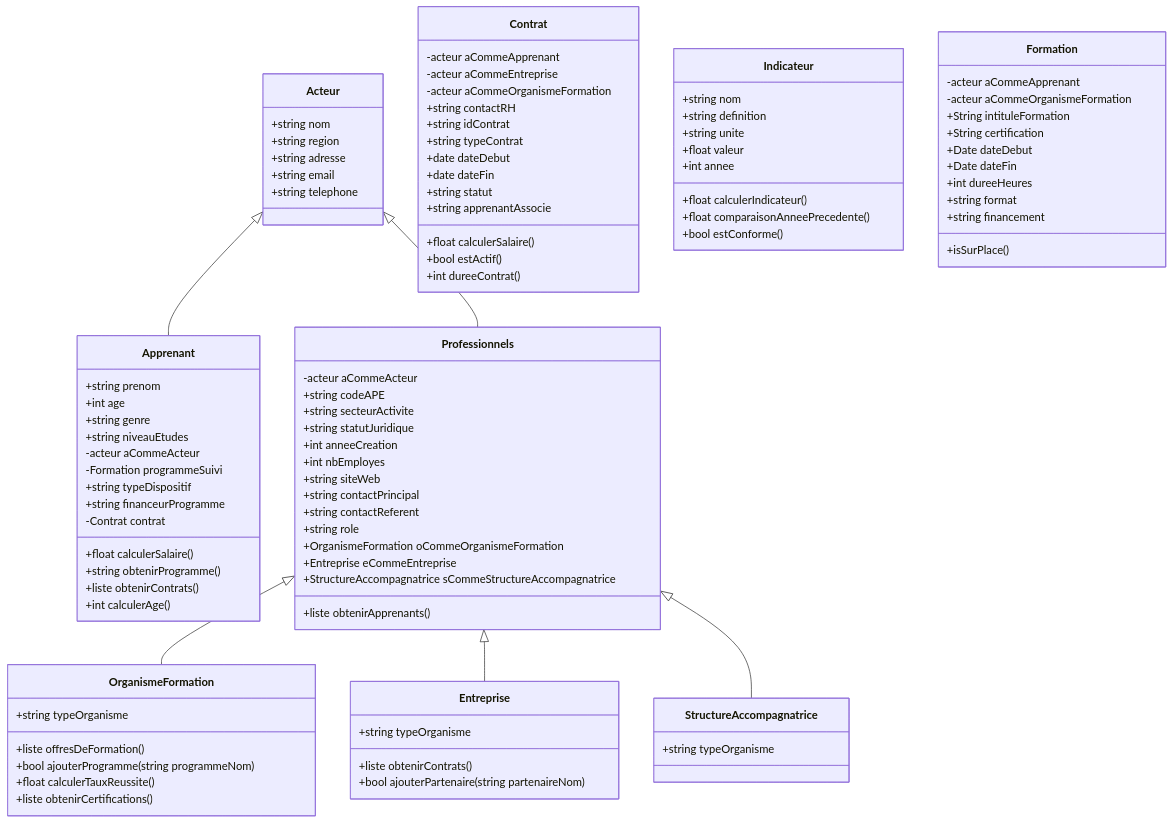
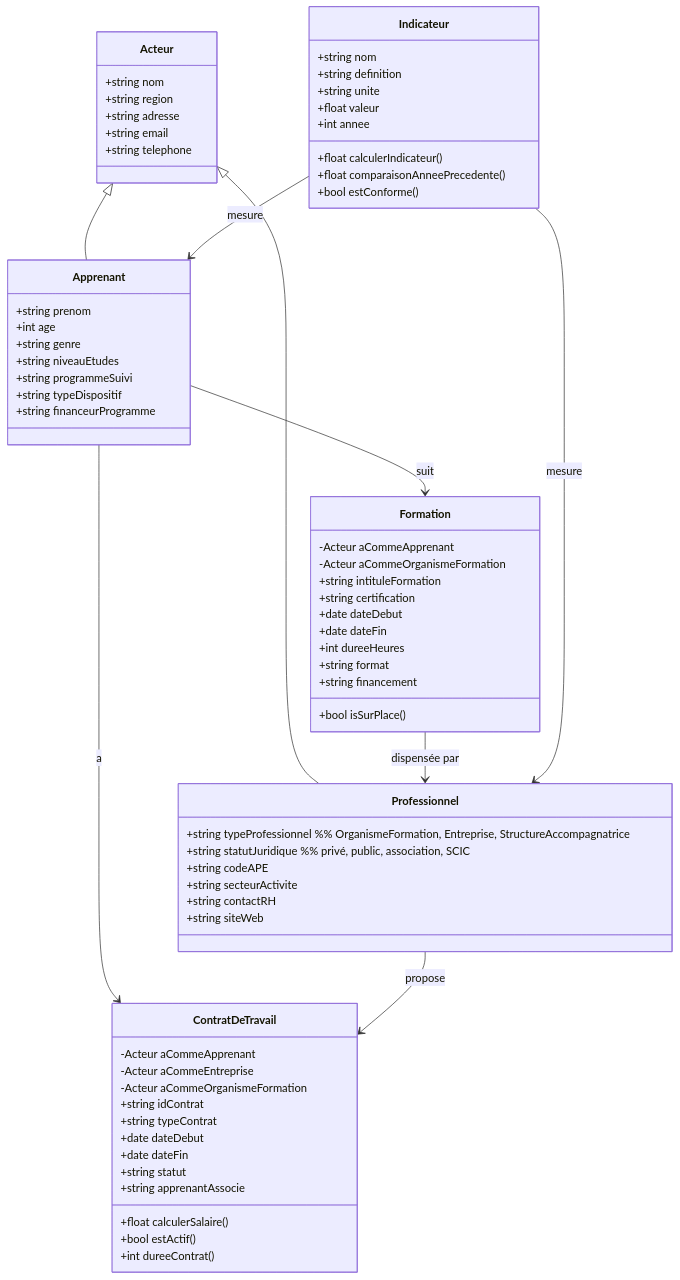
One commit to bouzidifatimazohra00-ux/inclusion-numerique-93 changed the diagram in acteurs.md. Above: the diagram before and after it, drawn with Mermaid.

Commit message:
Refactor acteur class diagram and relationships
Removed and refactored classes related to 'Professionnels' and 'Formation'. Updated relationships and attributes for clarity.

````diff
--- a/acteurs.md
+++ b/acteurs.md
@@ -1,12 +1,7 @@
 ```mermaid
 classDiagram
-
 Acteur <|-- Apprenant
-Acteur <|-- Professionnels
-
-Professionnels <|-- OrganismeFormation
-Professionnels <|-- Entreprise
-Professionnels <|-- StructureAccompagnatrice
+Acteur <|-- Professionnel
 
 class Acteur {
   +string nom
@@ -21,57 +16,24 @@
   +int age
   +string genre
   +string niveauEtudes
-  -acteur aCommeActeur
-  -Formation programmeSuivi       
-  +string typeDispositif       
+  +string programmeSuivi
+  +string typeDispositif
   +string financeurProgramme
-  -Contrat contrat
-  +float calculerSalaire()
-  +string obtenirProgramme()
-  +liste obtenirContrats()
-  +int calculerAge()
 }
 
-class Professionnels {
-  -acteur aCommeActeur
+class Professionnel {
+  +string typeProfessionnel      %% OrganismeFormation, Entreprise, StructureAccompagnatrice
+  +string statutJuridique        %% privé, public, association, SCIC
   +string codeAPE
   +string secteurActivite
-  +string statutJuridique
-  +int anneeCreation
-  +int nbEmployes
+  +string contactRH
   +string siteWeb
-  +string contactPrincipal
-  +string contactReferent
-  +string role
-  +OrganismeFormation oCommeOrganismeFormation
-  +Entreprise eCommeEntreprise
-  +StructureAccompagnatrice sCommeStructureAccompagnatrice
-  +liste obtenirApprenants()            
 }
 
-class OrganismeFormation {
-  +string typeOrganisme
-  +liste offresDeFormation()   
-  +bool ajouterProgramme(string programmeNom)  
-  +float calculerTauxReussite()  
-  +liste obtenirCertifications()  
-}
-
-class Entreprise {
-  +string typeOrganisme
-  +liste obtenirContrats()
-  +bool ajouterPartenaire(string partenaireNom)
-}
-
-class StructureAccompagnatrice {
-  +string typeOrganisme
-}
-
-class Contrat {
-  -acteur aCommeApprenant
-  -acteur aCommeEntreprise
-  -acteur aCommeOrganismeFormation
-  +string contactRH
+class ContratDeTravail {
+  -Acteur aCommeApprenant
+  -Acteur aCommeEntreprise
+  -Acteur aCommeOrganismeFormation
   +string idContrat
   +string typeContrat
   +date dateDebut
@@ -81,6 +43,19 @@
   +float calculerSalaire()     
   +bool estActif()
   +int dureeContrat()
+}
+
+class Formation {
+  -Acteur aCommeApprenant
+  -Acteur aCommeOrganismeFormation
+  +string intituleFormation
+  +string certification
+  +date dateDebut
+  +date dateFin
+  +int dureeHeures
+  +string format
+  +string financement
+  +bool isSurPlace()
 }
 
 class Indicateur {
@@ -94,16 +69,12 @@
   +bool estConforme()
 }
 
-class Formation {
-  -acteur aCommeApprenant
-  -acteur aCommeOrganismeFormation
-  +String intituleFormation
-  +String certification
-  +Date dateDebut
-  +Date dateFin
-  +int dureeHeures
-  +string format
-  +string financement
-  +isSurPlace()
-}
+%% Relations simplifiées
+Apprenant --> Formation : suit
+Apprenant --> ContratDeTravail : a
+Professionnel --> ContratDeTravail : propose
+Formation --> Professionnel : dispensée par
+Indicateur --> Apprenant : mesure
+Indicateur --> Professionnel : mesure
+
 ```
````
